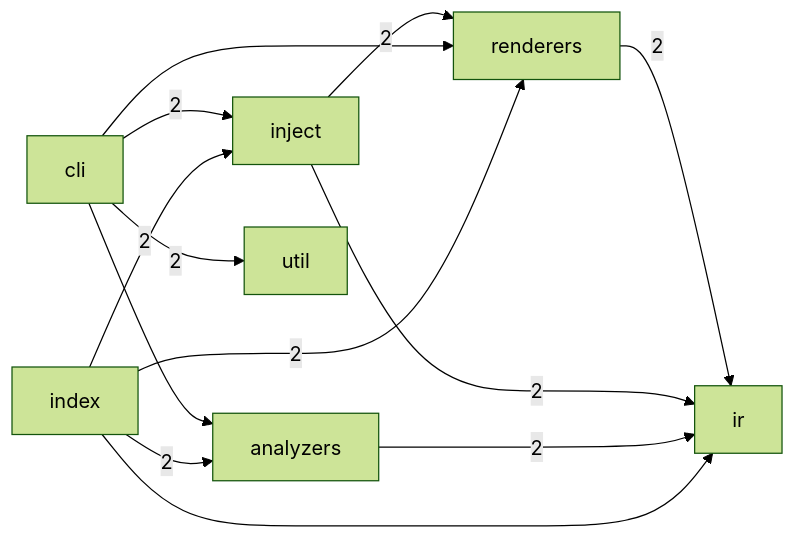
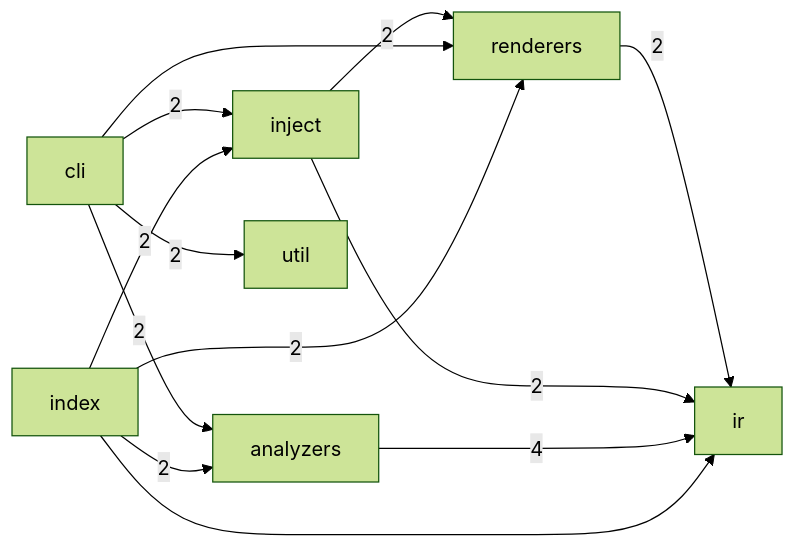
One commit to BoxPistols/repolore changed the diagram in docs/diagrams/architecture.md. Above: the diagram before and after it, drawn with Mermaid (forest theme). The commit also changed other lines of this file and 11 other files, not shown here.

````diff
--- a/docs/diagrams/architecture.md
+++ b/docs/diagrams/architecture.md
@@ -11,22 +11,22 @@
 ```mermaid
 flowchart LR
     index["index"]
     analyzers["analyzers"]
     cli["cli"]
     inject["inject"]
     ir["ir"]
     renderers["renderers"]
     util["util"]
     index -->|"2"| analyzers
     index -->|"2"| renderers
     index -->|"2"| inject
     index --> ir
-    analyzers -->|"2"| ir
-    cli --> analyzers
+    analyzers -->|"4"| ir
+    cli -->|"2"| analyzers
     cli --> renderers
     cli -->|"2"| inject
     cli -->|"2"| util
     inject -->|"2"| ir
     inject -->|"2"| renderers
     renderers -->|"2"| ir
 ```
````
